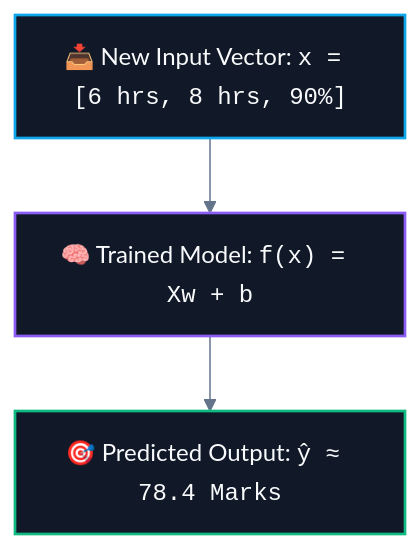
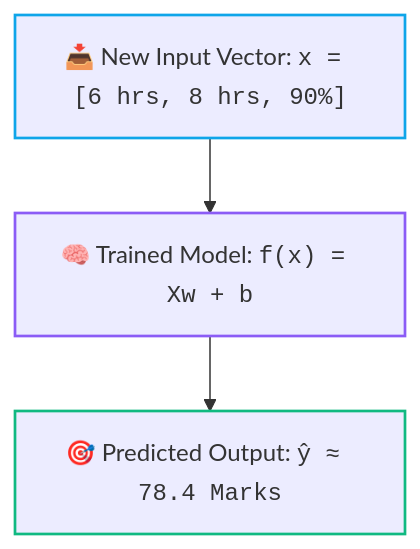
Before and after one commit to abhinavbharti2345/CS_Notes: the second of 2 diagrams in CS/AI & ML/01. Classical ML/03. Features, Targets, and Datasets.md, drawn with Mermaid. The commit also changed other lines of this file and 91 other files, not shown here.

````diff
--- a/CS/AI & ML/01. Classical ML/03. Features, Targets, and Datasets.md
+++ b/CS/AI & ML/01. Classical ML/03. Features, Targets, and Datasets.md
@@ -88,14 +87,13 @@
 ```mermaid
-%%{init: {'theme': 'base', 'themeVariables': { 'darkMode': true, 'background': '#0B0F14', 'mainBkg': '#111827', 'primaryColor': '#111827', 'primaryTextColor': '#F8FAFC', 'primaryBorderColor': '#38BDF8', 'lineColor': '#64748B', 'secondaryColor': '#0B0F14', 'tertiaryColor': '#0B0F14', 'clusterBkg': '#0B0F14', 'clusterBorder': '#38BDF8' }}}%%
 flowchart TD
     XIn["📥 New Input Vector: <code>x = [6 hrs, 8 hrs, 90%]</code>"] --> Model["🧠 Trained Model: <code>f(x) = Xw + b</code>"]
     Model --> YPred["🎯 Predicted Output: <code>ŷ ≈ 78.4 Marks</code>"]
     
-    classDef in fill:#111827,stroke:#0ea5e9,stroke-width:1.8px,color:#F8FAFC;
-    classDef mod fill:#111827,stroke:#8b5cf6,stroke-width:1.8px,color:#F8FAFC;
-    classDef out fill:#111827,stroke:#10b981,stroke-width:1.8px,color:#F8FAFC;
+    classDef in stroke:#0ea5e9,stroke-width:1.8px;
+    classDef mod stroke:#8b5cf6,stroke-width:1.8px;
+    classDef out stroke:#10b981,stroke-width:1.8px;
 
     class XIn in;
     class Model mod;
     class YPred out;
 ```
````
